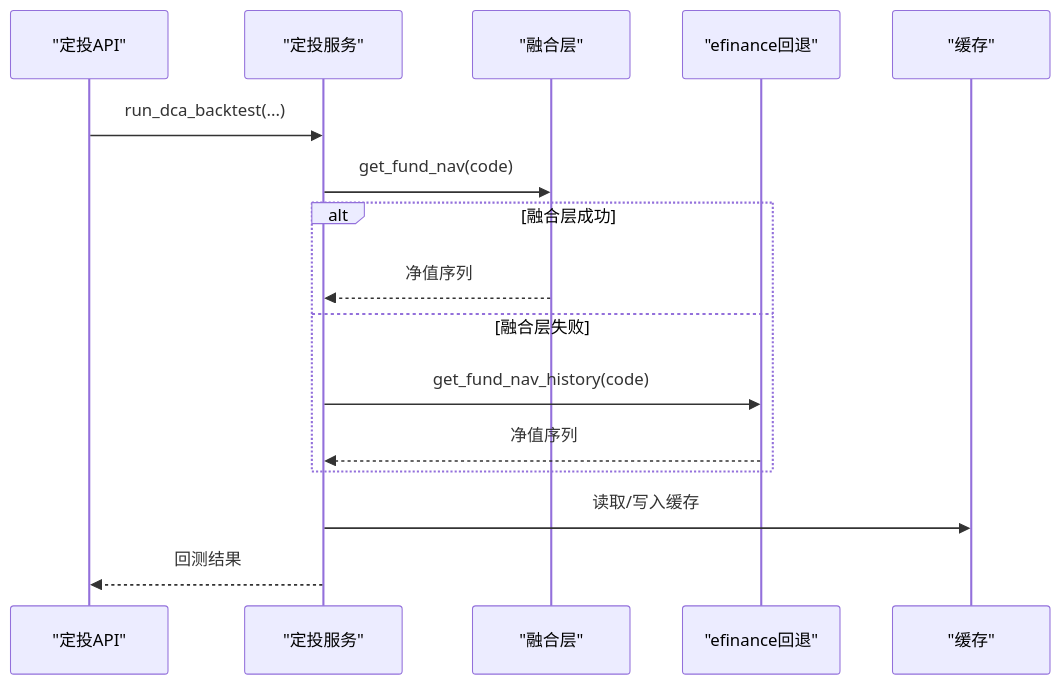
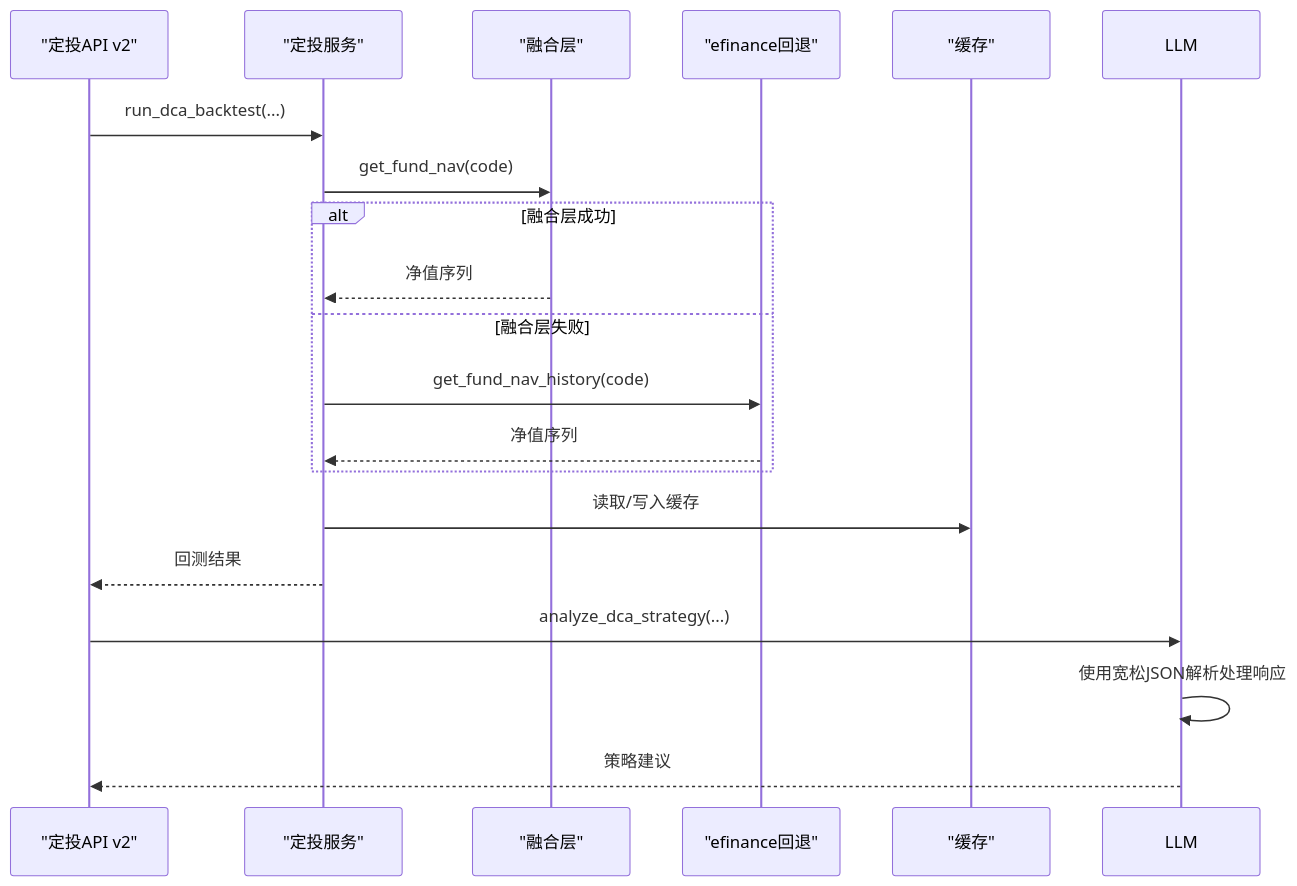
One commit to youkell85/FundTrader changed the eighth of 10 diagrams in .qoder/repowiki/zh/content/核心功能模块/AI分析服务.md. Above: the diagram before and after it, drawn with Mermaid. The commit also changed other lines of this file and 11 other files, not shown here.

````diff
--- a/.qoder/repowiki/zh/content/核心功能模块/AI分析服务.md
+++ b/.qoder/repowiki/zh/content/核心功能模块/AI分析服务.md
@@ -228,18 +329,21 @@
 ```mermaid
 sequenceDiagram
-participant API as "定投API"
+participant API as "定投API v2"
 participant SVC as "定投服务"
 participant FUS as "融合层"
 participant EFA as "efinance回退"
 participant CA as "缓存"
 API->>SVC : run_dca_backtest(...)
 SVC->>FUS : get_fund_nav(code)
 alt 融合层成功
 FUS-->>SVC : 净值序列
 else 融合层失败
 SVC->>EFA : get_fund_nav_history(code)
 EFA-->>SVC : 净值序列
 end
 SVC->>CA : 读取/写入缓存
 SVC-->>API : 回测结果
+API->>LLM : analyze_dca_strategy(...)
+LLM->>LLM : 使用宽松JSON解析处理响应
+LLM-->>API : 策略建议
 ```
````
